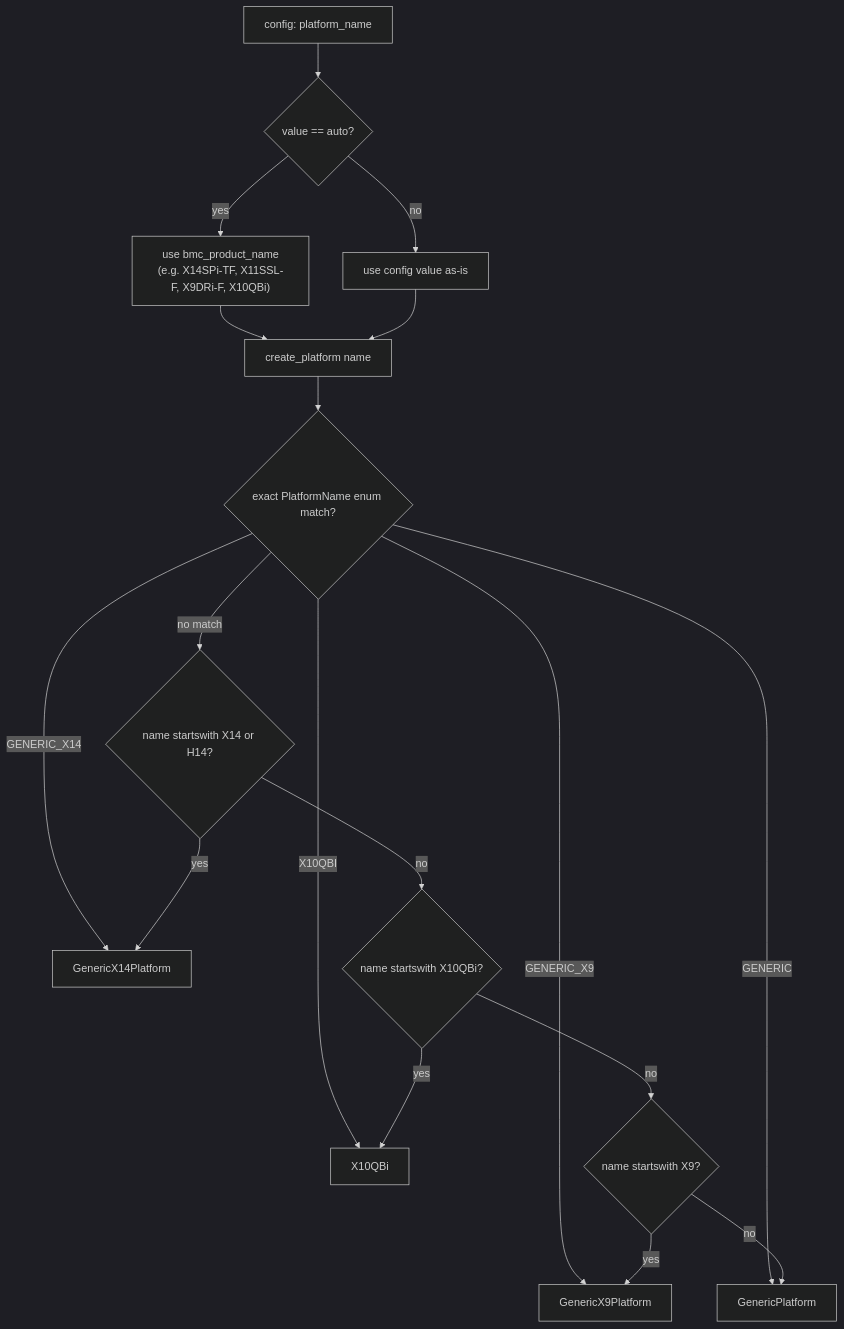
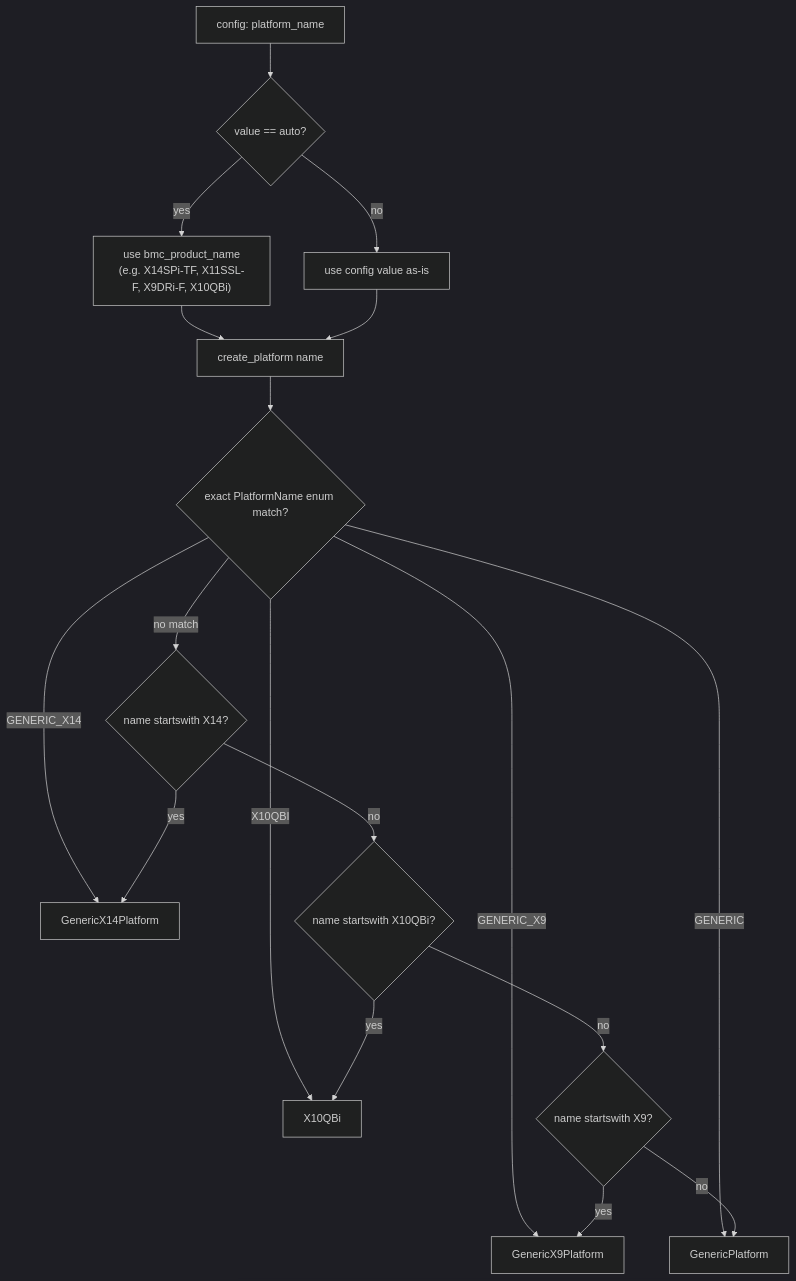
The third of 11 diagrams in ARCHITECTURE.md (petersulyok/smfc), drawn with Mermaid (dark theme) before and after one commit. The commit also changed other lines of this file and 7 other files, not shown here.

````diff
--- a/ARCHITECTURE.md
+++ b/ARCHITECTURE.md
@@ -281,20 +281,20 @@
 ```mermaid
 flowchart TD
     A[config: platform_name] --> B{value == auto?}
     B -- yes --> C["use bmc_product_name<br/>(e.g. X14SPi-TF, X11SSL-F, X9DRi-F, X10QBi)"]
     B -- no --> D[use config value as-is]
     C --> F[create_platform name]
     D --> F
     F --> I{exact PlatformName enum match?}
     I -- GENERIC_X14 --> X14[GenericX14Platform]
     I -- GENERIC_X9 --> X9[GenericX9Platform]
     I -- X10QBI --> XQ[X10QBi]
     I -- GENERIC --> GP[GenericPlatform]
-    I -- no match --> G{name startswith X14 or H14?}
+    I -- no match --> G{name startswith X14?}
     G -- yes --> X14
     G -- no --> J{name startswith X10QBi?}
     J -- yes --> XQ
     J -- no --> H{name startswith X9?}
     H -- yes --> X9
     H -- no --> GP
 ```
````
